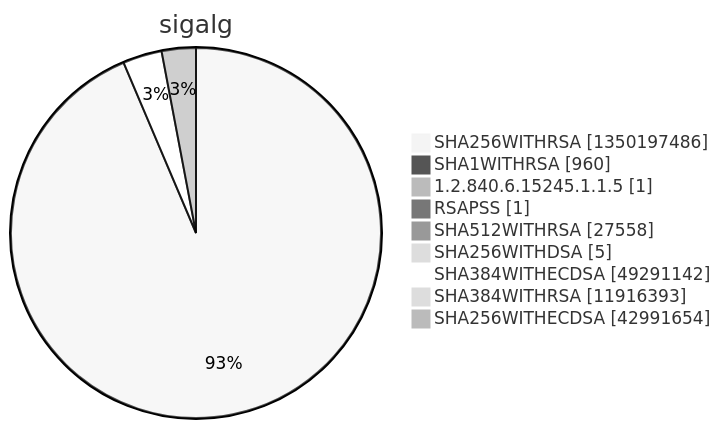
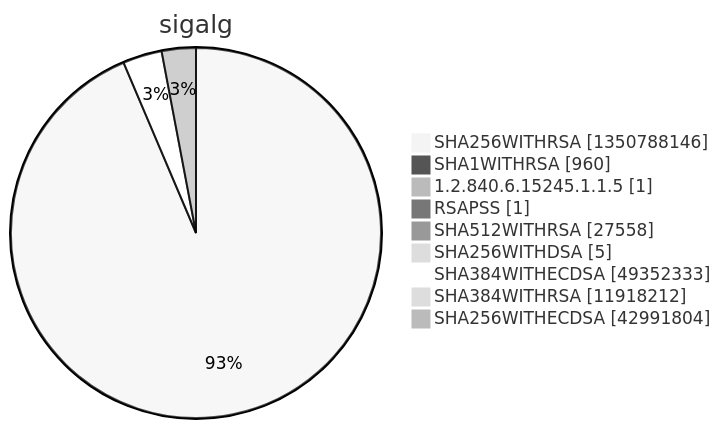
Diagram 15 of 15 in argon2022/README.md (christiankrug/ctmonitor_visualization), drawn with Mermaid (neutral theme) before and after one commit. The commit also changed other lines of this file, not shown here.

````diff
--- a/argon2022/README.md
+++ b/argon2022/README.md
@@ -5524,13 +5524,13 @@
 ```mermaid
 pie showData
 title sigalg
-"SHA256WITHRSA" :1350197486
+"SHA256WITHRSA" :1350788146
 "SHA1WITHRSA" :960
 "1.2.840.6.15245.1.1.5" :1
 "RSAPSS" :1
 "SHA512WITHRSA" :27558
 "SHA256WITHDSA" :5
-"SHA384WITHECDSA" :49291142
-"SHA384WITHRSA" :11916393
-"SHA256WITHECDSA" :42991654
+"SHA384WITHECDSA" :49352333
+"SHA384WITHRSA" :11918212
+"SHA256WITHECDSA" :42991804
 ```
````
